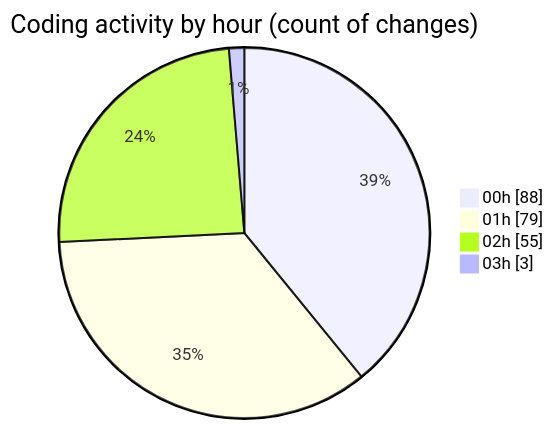
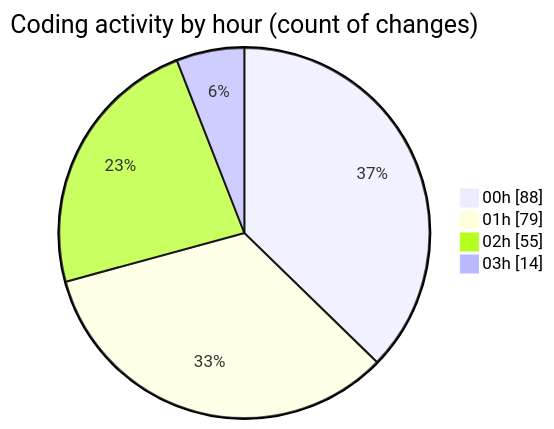
The second of 2 diagrams in 2025-08-16/rentotp/README.md (lephambinh05/code-tracking), drawn with Mermaid before and after one commit. The commit also changed other lines of this file and 1 other file, not shown here.

````diff
--- a/2025-08-16/rentotp/README.md
+++ b/2025-08-16/rentotp/README.md
@@ -55,8 +56,8 @@
 ```mermaid
 pie showData
 title Coding activity by hour (count of changes)
 "00h" : 88
 "01h" : 79
 "02h" : 55
-"03h" : 3
+"03h" : 14
 ```
````
